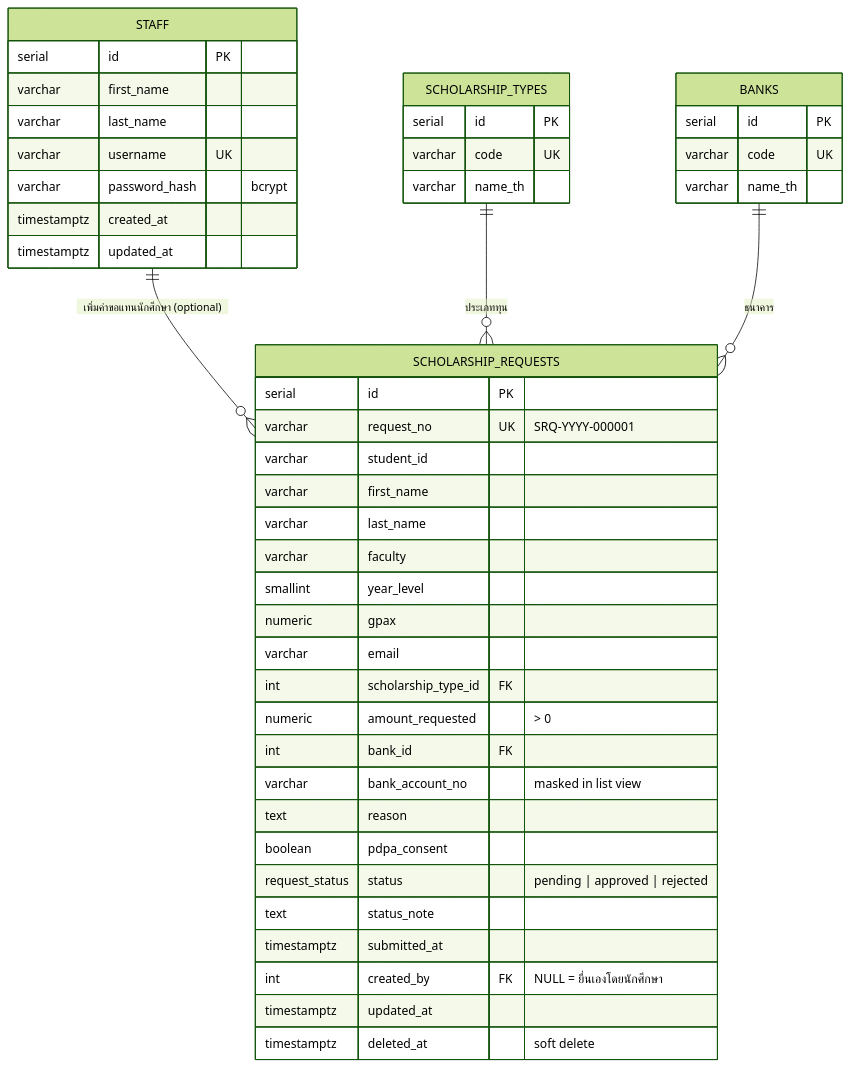
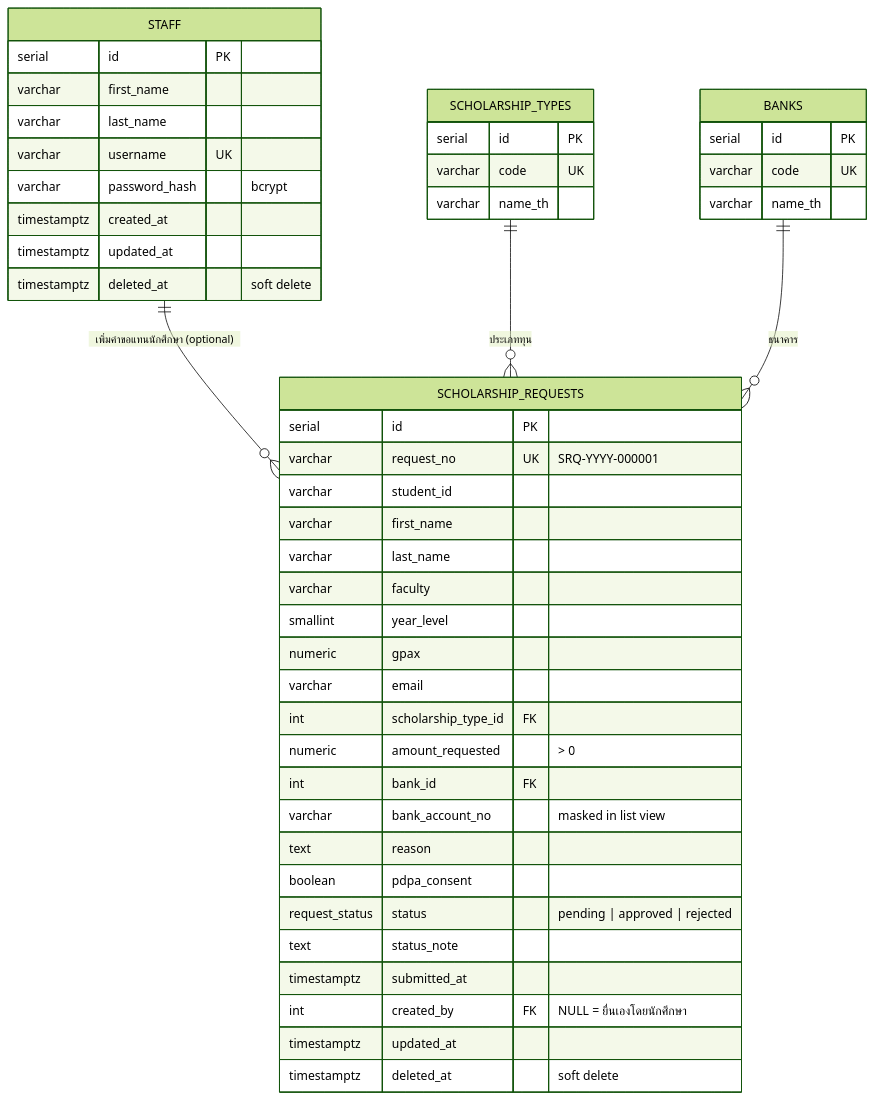
The diagram in docs/ER-Diagram.md (newzydev/Scholarship-Request-Management-React), drawn with Mermaid (forest theme) before and after one commit. The commit also changed other lines of this file and 2 other files, not shown here.

Commit message:
Update README.md, System-Architecture.md and ER-Diagram.md

````diff
--- a/docs/ER-Diagram.md
+++ b/docs/ER-Diagram.md
@@ -3,52 +3,53 @@
 ```mermaid
 erDiagram
     STAFF ||--o{ SCHOLARSHIP_REQUESTS : "เพิ่มคำขอแทนนักศึกษา (optional)"
     SCHOLARSHIP_TYPES ||--o{ SCHOLARSHIP_REQUESTS : "ประเภททุน"
     BANKS ||--o{ SCHOLARSHIP_REQUESTS : "ธนาคาร"
 
     STAFF {
         serial id PK
         varchar first_name
         varchar last_name
         varchar username UK
         varchar password_hash "bcrypt"
         timestamptz created_at
         timestamptz updated_at
+        timestamptz deleted_at "soft delete"
     }
 
     SCHOLARSHIP_TYPES {
         serial id PK
         varchar code UK
         varchar name_th
     }
 
     BANKS {
         serial id PK
         varchar code UK
         varchar name_th
     }
 
     SCHOLARSHIP_REQUESTS {
         serial id PK
         varchar request_no UK "SRQ-YYYY-000001"
         varchar student_id
         varchar first_name
         varchar last_name
         varchar faculty
         smallint year_level
         numeric gpax
         varchar email
         int scholarship_type_id FK
         numeric amount_requested "> 0"
         int bank_id FK
         varchar bank_account_no "masked in list view"
         text reason
         boolean pdpa_consent
         request_status status "pending | approved | rejected"
         text status_note
         timestamptz submitted_at
         int created_by FK "NULL = ยื่นเองโดยนักศึกษา"
         timestamptz updated_at
         timestamptz deleted_at "soft delete"
     }
 ```
````
